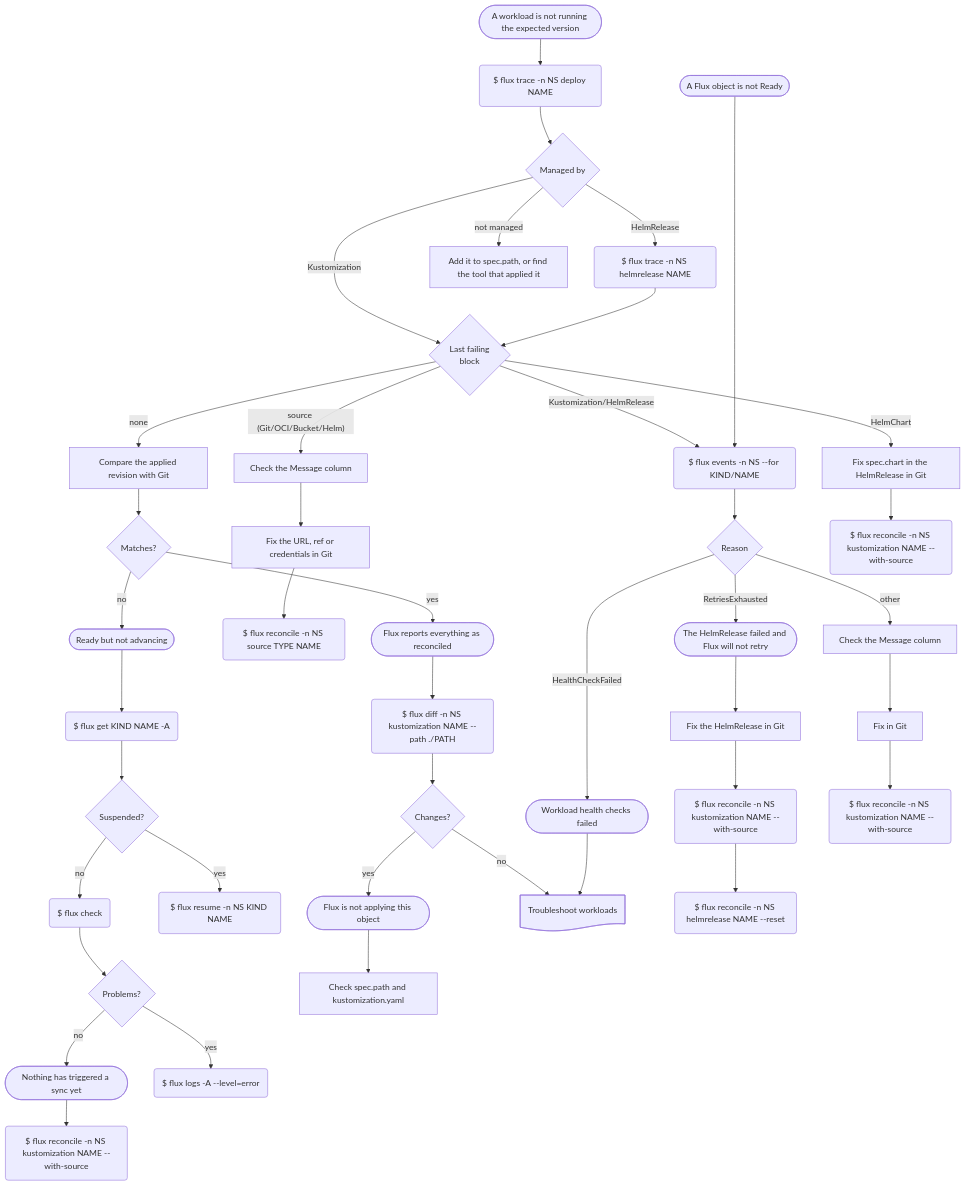
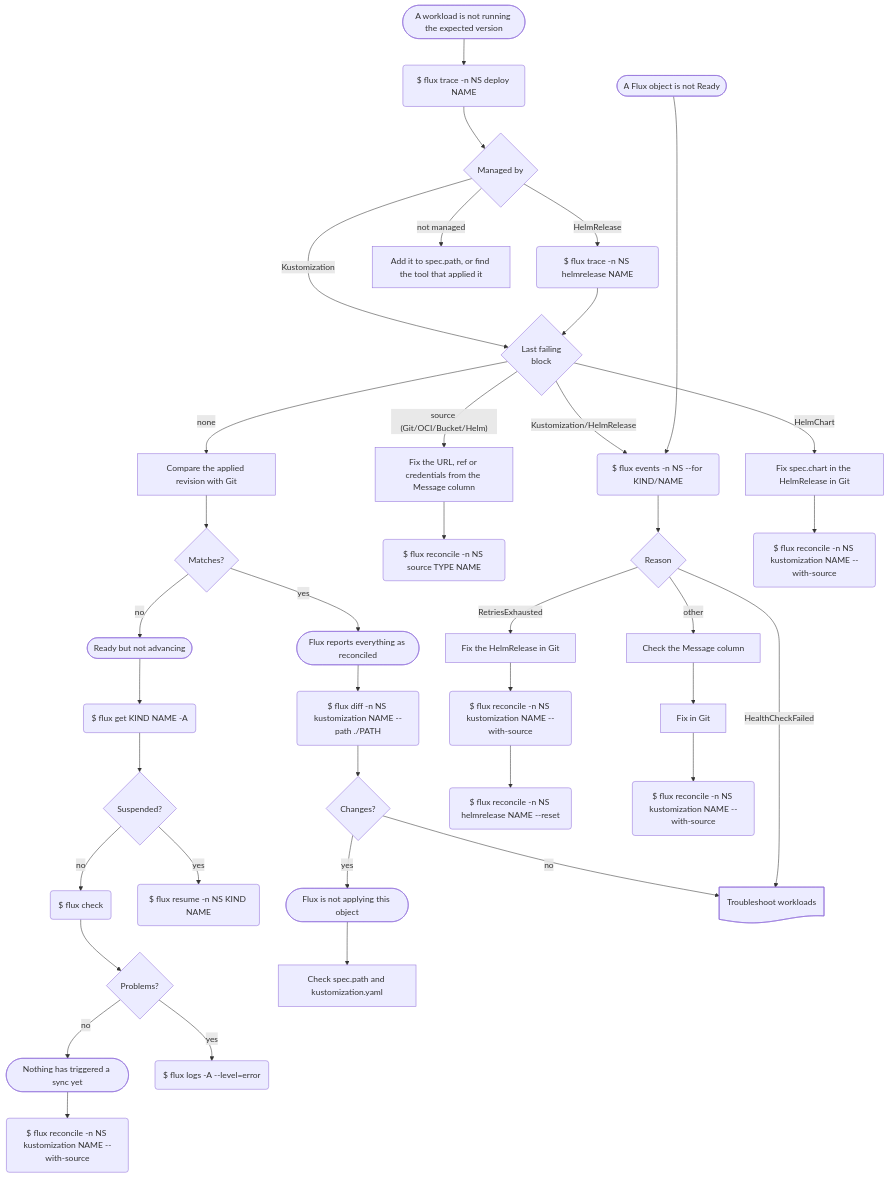
The diagram in diagrams/flux.mmd (nth-root/flowcharts), drawn with Mermaid before and after one commit.

Commit message:
Layout optimizations

```diff
--- a/diagrams/flux.mmd
+++ b/diagrams/flux.mmd
@@ -1,46 +1,47 @@
 %% SPDX-FileCopyrightText: 2026 Nth Root Software Consultancy
 %% SPDX-License-Identifier: CC-BY-4.0
 
 flowchart TD
     Reported([A workload is not running the expected version]):::situation --> Trace
     Trace($ flux trace -n NS deploy NAME):::cmd
 
     Trace --> Owned{Managed by}:::choice
 
     NotReady([A Flux object is not Ready]):::situation
     NotReady ~~~ Owned
 
     Owned -->|Kustomization| FailingObject{Last failing<br>block}:::choice
     Owned -->|HelmRelease| TraceHelmRelease($ flux trace -n NS helmrelease NAME):::cmd --> FailingObject
     Owned -->|not managed| Unmanaged[Add it to spec.path, or find the tool that applied it]
 
     FailingObject -->|none| CheckRevision[Compare the applied revision with Git]
 
     CheckRevision --> Matches{Matches?}:::choice
     Matches -->|no| NotAdvancing([Ready but not advancing]):::situation --> FluxGet($ flux get KIND NAME -A):::cmd
 
     FluxGet --> Suspended{Suspended?}:::choice
     Suspended -->|no| FluxCheck($ flux check):::cmd --> FluxUnhealthy{Problems?}:::choice
     Suspended -->|yes| Resume($ flux resume -n NS KIND NAME):::cmd
 
     Resume ~~~ FluxUnhealthy
 
     FluxUnhealthy -->|no| NoSyncTriggered([Nothing has triggered a sync yet]):::situation --> ReconcileStale($ flux reconcile -n NS kustomization NAME --with-source):::cmd
     FluxUnhealthy -->|yes| FluxLogs($ flux logs -A --level=error):::cmd
 
-    FailingObject -->|"source (Git/OCI/Bucket/Helm)"| NonReadySource[Check the Message column]
-    NonReadySource --> FixSource[Fix the URL, ref or credentials in Git] --> ReconcileSource($ flux reconcile -n NS source TYPE NAME):::cmd
+    FailingObject -->|"source (Git/OCI/Bucket/Helm)"| FixSource[Fix the URL, ref or credentials from the Message column] --> ReconcileSource($ flux reconcile -n NS source TYPE NAME):::cmd
 
     FailingObject -->|Kustomization/HelmRelease| GetEvents($ flux events -n NS --for KIND/NAME):::cmd
 
     Matches -->|yes| Reconciled([Flux reports everything as reconciled]):::situation --> DiffKustomization($ flux diff -n NS kustomization NAME --path ./PATH):::cmd --> Changes{Changes?}:::choice
     Changes -->|yes| NotApplied([Flux is not applying this object]):::situation --> CheckKustomization[Check spec.path and kustomization.yaml]
     Changes -->|no| CheckPodIssues:::ref@{ shape: doc, label: "Troubleshoot workloads" }
 
     NotReady --> GetEvents
     GetEvents --> Reason{Reason}:::choice
-    Reason -->|RetriesExhausted| RetriesExhausted([The HelmRelease failed and Flux will not retry]):::situation --> FixHelmRelease[Fix the HelmRelease in Git] --> ReconcileHelmKustomization("$ flux reconcile -n NS kustomization NAME --with-source"):::cmd --> ReconcileHelmRelease("$ flux reconcile -n NS helmrelease NAME --reset"):::cmd
-    Reason -->|HealthCheckFailed| HealthCheckFailed([Workload health checks failed]):::situation --> CheckPodIssues
+    Reason -->|RetriesExhausted| FixHelmRelease[Fix the HelmRelease in Git]
+    FixHelmRelease --> ReconcileHelmKustomization("$ flux reconcile -n NS kustomization NAME --with-source"):::cmd --> ReconcileHelmRelease("$ flux reconcile -n NS helmrelease NAME --reset"):::cmd
+
+    Reason -->|HealthCheckFailed| CheckPodIssues
     Reason -->|other| CheckMessage[Check the Message column] --> FixIssue[Fix in Git] --> Reconcile($ flux reconcile -n NS kustomization NAME --with-source):::cmd
 
     FailingObject -->|HelmChart| FixChart[Fix spec.chart in the HelmRelease in Git] --> ReconcileChart($ flux reconcile -n NS kustomization NAME --with-source):::cmd
```
